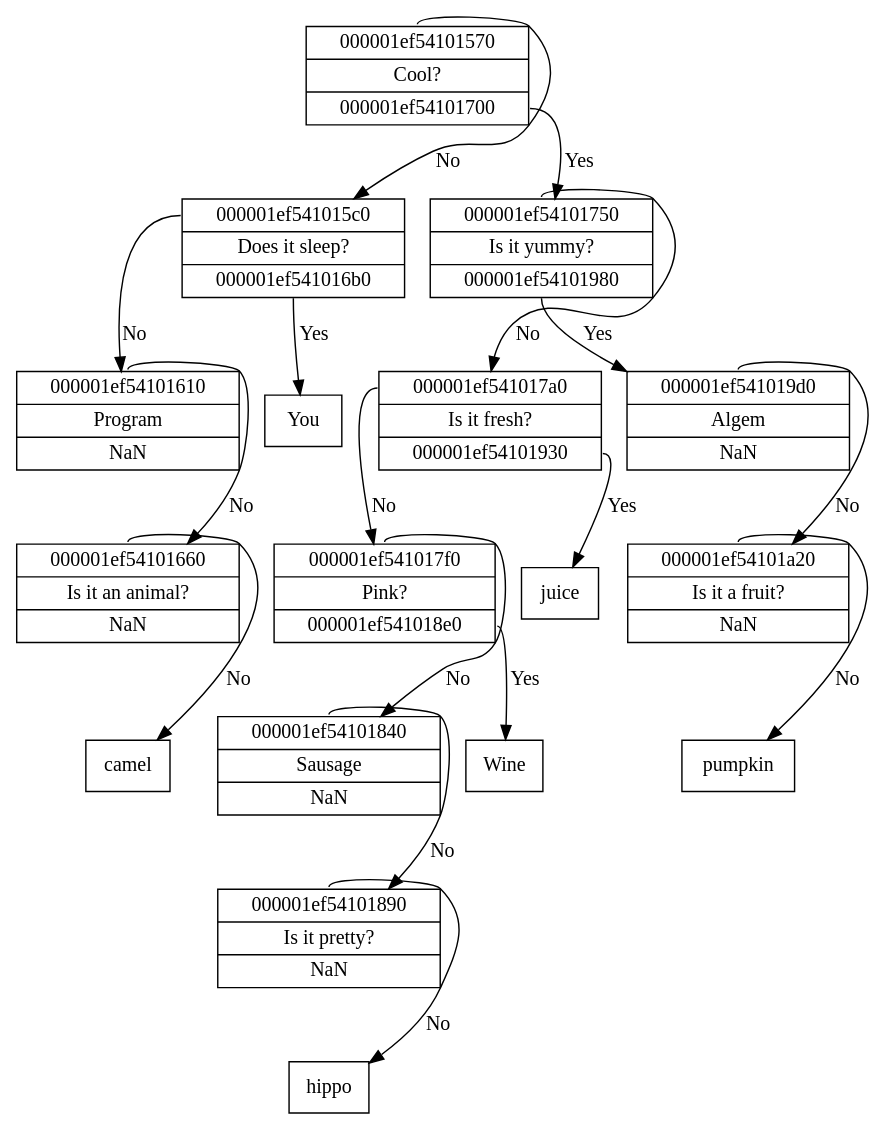
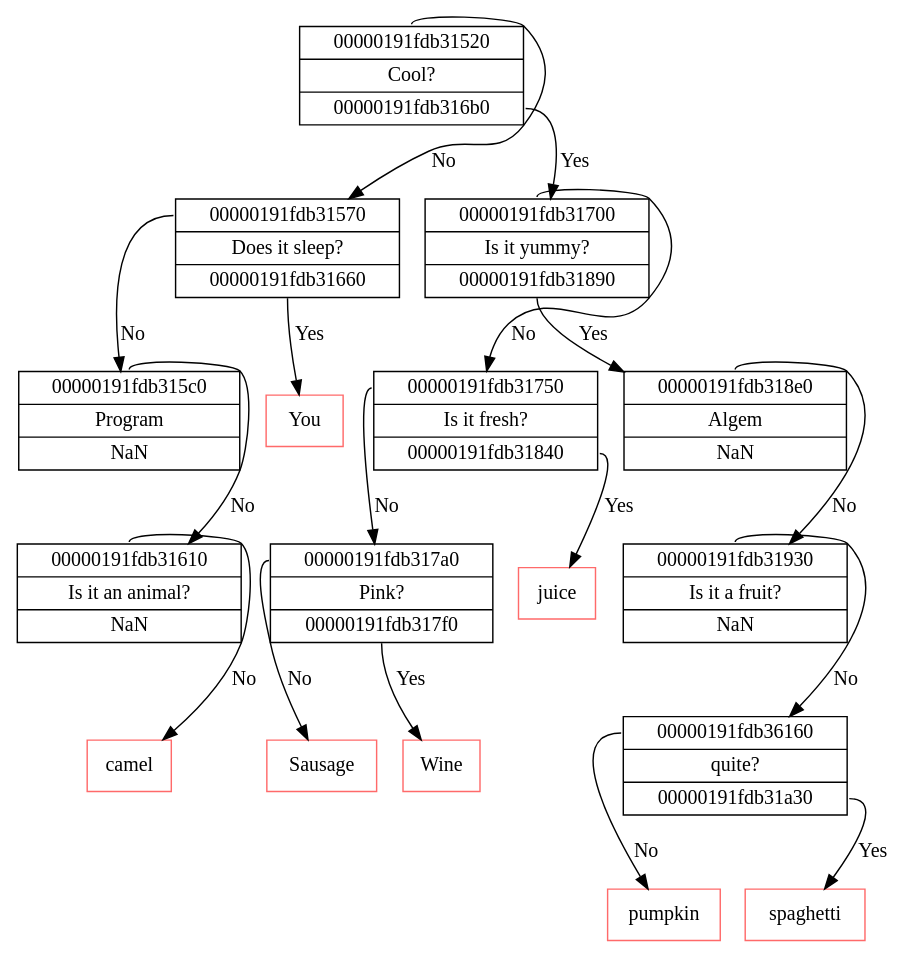
Before and after one commit to V13kv/MIPT: the diagram in First Course/First Semester/Dedinsky Сourse/Akinator/src/graph.dot, drawn with Graphviz. The commit also changed 6 other files, not shown here.

```diff
--- a/First Course/First Semester/Dedinsky Сourse/Akinator/src/graph.dot
+++ b/First Course/First Semester/Dedinsky Сourse/Akinator/src/graph.dot
@@ -1,35 +1,35 @@
 digraph Tree {
-	Node_000001ef54101520 [shape="record", label="{ <left> 000001ef54101570 | Cool? | <right> 000001ef54101700 }"];
-	Node_000001ef54101520:<left> -> Node_000001ef54101570 [label="No"];
-	Node_000001ef54101520:<right> -> Node_000001ef54101700 [label="Yes"];
-	Node_000001ef54101700 [shape="record", label="{ <left> 000001ef54101750 | Is it yummy? | <right> 000001ef54101980 }"];
-	Node_000001ef54101700:<left> -> Node_000001ef54101750 [label="No"];
-	Node_000001ef54101700:<right> -> Node_000001ef54101980 [label="Yes"];
-	Node_000001ef54101980 [shape="record", label="{ <left> 000001ef541019d0 | Algem | <right> NaN }"];
-	Node_000001ef54101980:<left> -> Node_000001ef541019d0 [label="No"];
-	Node_000001ef541019d0 [shape="record", label="{ <left> 000001ef54101a20 | Is it a fruit? | <right> NaN }"];
-	Node_000001ef541019d0:<left> -> Node_000001ef54101a20 [label="No"];
-	Node_000001ef54101a20 [shape="record", label="{ pumpkin }"];
-	Node_000001ef54101750 [shape="record", label="{ <left> 000001ef541017a0 | Is it fresh? | <right> 000001ef54101930 }"];
-	Node_000001ef54101750:<left> -> Node_000001ef541017a0 [label="No"];
-	Node_000001ef54101750:<right> -> Node_000001ef54101930 [label="Yes"];
-	Node_000001ef54101930 [shape="record", label="{ juice }"];
-	Node_000001ef541017a0 [shape="record", label="{ <left> 000001ef541017f0 | Pink? | <right> 000001ef541018e0 }"];
-	Node_000001ef541017a0:<left> -> Node_000001ef541017f0 [label="No"];
-	Node_000001ef541017a0:<right> -> Node_000001ef541018e0 [label="Yes"];
-	Node_000001ef541018e0 [shape="record", label="{ Wine }"];
-	Node_000001ef541017f0 [shape="record", label="{ <left> 000001ef54101840 | Sausage | <right> NaN }"];
-	Node_000001ef541017f0:<left> -> Node_000001ef54101840 [label="No"];
-	Node_000001ef54101840 [shape="record", label="{ <left> 000001ef54101890 | Is it pretty? | <right> NaN }"];
-	Node_000001ef54101840:<left> -> Node_000001ef54101890 [label="No"];
-	Node_000001ef54101890 [shape="record", label="{ hippo }"];
-	Node_000001ef54101570 [shape="record", label="{ <left> 000001ef541015c0 | Does it sleep? | <right> 000001ef541016b0 }"];
-	Node_000001ef54101570:<left> -> Node_000001ef541015c0 [label="No"];
-	Node_000001ef54101570:<right> -> Node_000001ef541016b0 [label="Yes"];
-	Node_000001ef541016b0 [shape="record", label="{ You }"];
-	Node_000001ef541015c0 [shape="record", label="{ <left> 000001ef54101610 | Program | <right> NaN }"];
-	Node_000001ef541015c0:<left> -> Node_000001ef54101610 [label="No"];
-	Node_000001ef54101610 [shape="record", label="{ <left> 000001ef54101660 | Is it an animal? | <right> NaN }"];
-	Node_000001ef54101610:<left> -> Node_000001ef54101660 [label="No"];
-	Node_000001ef54101660 [shape="record", label="{ camel }"];
+	Node_00000191fdb36f40 [shape="record", label="{ <left> 00000191fdb31520 | Cool? | <right> 00000191fdb316b0 }"];
+	Node_00000191fdb36f40:<left> -> Node_00000191fdb31520 [label="No"];
+	Node_00000191fdb36f40:<right> -> Node_00000191fdb316b0 [label="Yes"];
+	Node_00000191fdb316b0 [shape="record", label="{ <left> 00000191fdb31700 | Is it yummy? | <right> 00000191fdb31890 }"];
+	Node_00000191fdb316b0:<left> -> Node_00000191fdb31700 [label="No"];
+	Node_00000191fdb316b0:<right> -> Node_00000191fdb31890 [label="Yes"];
+	Node_00000191fdb31890 [shape="record", label="{ <left> 00000191fdb318e0 | Algem | <right> NaN }"];
+	Node_00000191fdb31890:<left> -> Node_00000191fdb318e0 [label="No"];
+	Node_00000191fdb318e0 [shape="record", label="{ <left> 00000191fdb31930 | Is it a fruit? | <right> NaN }"];
+	Node_00000191fdb318e0:<left> -> Node_00000191fdb31930 [label="No"];
+	Node_00000191fdb31930 [shape="record", label="{ <left> 00000191fdb36160 | quite? | <right> 00000191fdb31a30 }"];
+	Node_00000191fdb31930:<left> -> Node_00000191fdb36160 [label="No"];
+	Node_00000191fdb31930:<right> -> Node_00000191fdb31a30 [label="Yes"];
+	Node_00000191fdb31a30 [shape="record", label="{ spaghetti }", color=indianred1];
+	Node_00000191fdb36160 [shape="record", label="{ pumpkin }", color=indianred1];
+	Node_00000191fdb31700 [shape="record", label="{ <left> 00000191fdb31750 | Is it fresh? | <right> 00000191fdb31840 }"];
+	Node_00000191fdb31700:<left> -> Node_00000191fdb31750 [label="No"];
+	Node_00000191fdb31700:<right> -> Node_00000191fdb31840 [label="Yes"];
+	Node_00000191fdb31840 [shape="record", label="{ juice }", color=indianred1];
+	Node_00000191fdb31750 [shape="record", label="{ <left> 00000191fdb317a0 | Pink? | <right> 00000191fdb317f0 }"];
+	Node_00000191fdb31750:<left> -> Node_00000191fdb317a0 [label="No"];
+	Node_00000191fdb31750:<right> -> Node_00000191fdb317f0 [label="Yes"];
+	Node_00000191fdb317f0 [shape="record", label="{ Wine }", color=indianred1];
+	Node_00000191fdb317a0 [shape="record", label="{ Sausage }", color=indianred1];
+	Node_00000191fdb31520 [shape="record", label="{ <left> 00000191fdb31570 | Does it sleep? | <right> 00000191fdb31660 }"];
+	Node_00000191fdb31520:<left> -> Node_00000191fdb31570 [label="No"];
+	Node_00000191fdb31520:<right> -> Node_00000191fdb31660 [label="Yes"];
+	Node_00000191fdb31660 [shape="record", label="{ You }", color=indianred1];
+	Node_00000191fdb31570 [shape="record", label="{ <left> 00000191fdb315c0 | Program | <right> NaN }"];
+	Node_00000191fdb31570:<left> -> Node_00000191fdb315c0 [label="No"];
+	Node_00000191fdb315c0 [shape="record", label="{ <left> 00000191fdb31610 | Is it an animal? | <right> NaN }"];
+	Node_00000191fdb315c0:<left> -> Node_00000191fdb31610 [label="No"];
+	Node_00000191fdb31610 [shape="record", label="{ camel }", color=indianred1];
 }
```
